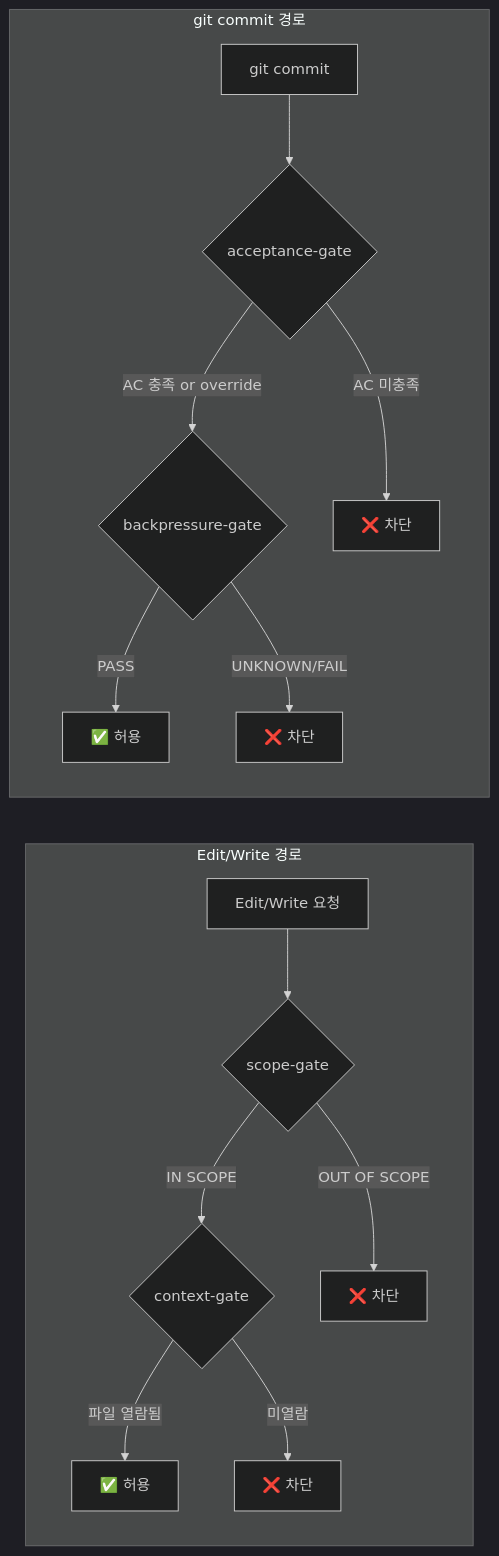
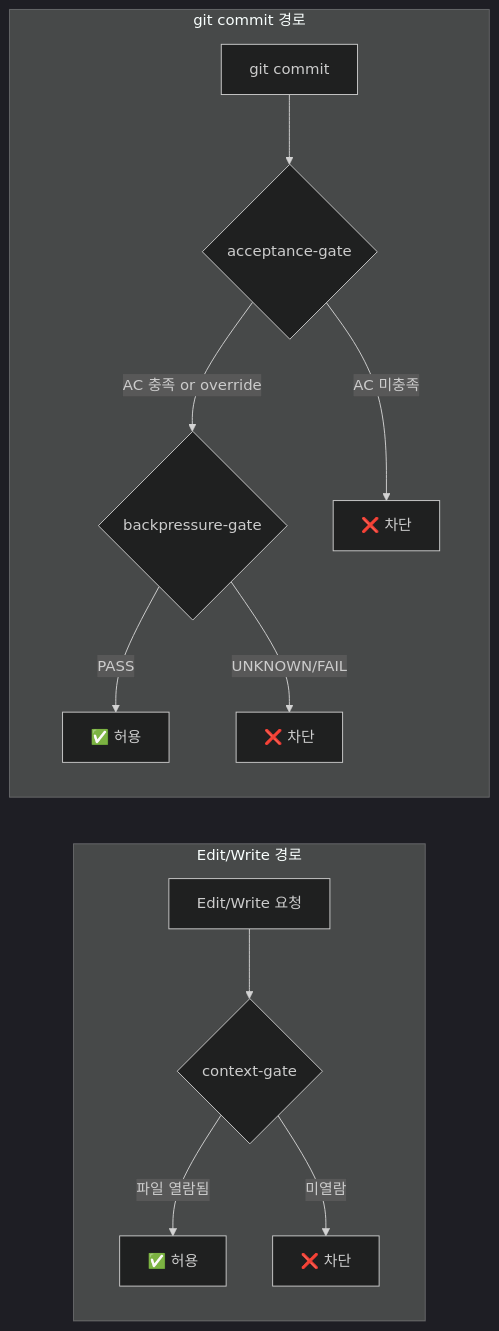
The second of 7 diagrams in docs/architecture/harness-architecture.md (rae-hugo-kim/claude), drawn with Mermaid (dark theme) before and after one commit. The commit also changed other lines of this file and 17 other files, not shown here.

````diff
--- a/docs/architecture/harness-architecture.md
+++ b/docs/architecture/harness-architecture.md
@@ -86,18 +82,16 @@
 ```mermaid
 flowchart LR
     subgraph "Edit/Write 경로"
-        E[Edit/Write 요청] --> SG{scope-gate}
-        SG -->|IN SCOPE| CG{context-gate}
-        SG -->|OUT OF SCOPE| BLOCK1[❌ 차단]
+        E[Edit/Write 요청] --> CG{context-gate}
         CG -->|파일 열람됨| ALLOW1[✅ 허용]
         CG -->|미열람| BLOCK2[❌ 차단]
     end
 
     subgraph "git commit 경로"
         GC[git commit] --> AG{acceptance-gate}
         AG -->|AC 충족 or override| BG{backpressure-gate}
         AG -->|AC 미충족| BLOCK3[❌ 차단]
         BG -->|PASS| ALLOW2[✅ 허용]
         BG -->|UNKNOWN/FAIL| BLOCK4[❌ 차단]
     end
 ```
````
